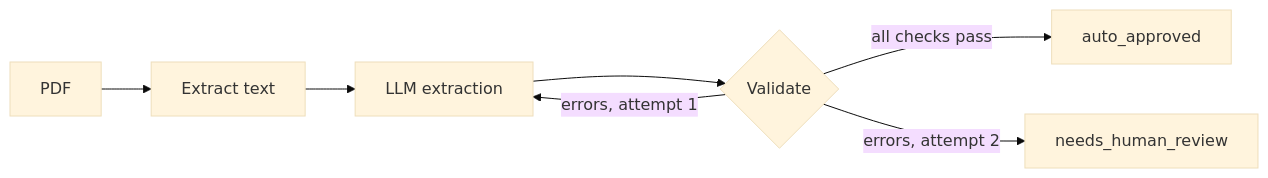
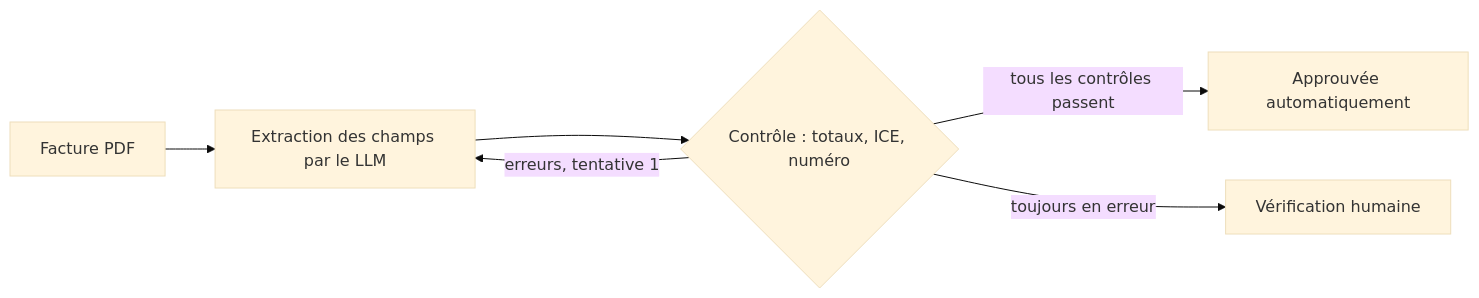
The diagram in README.md (Acherouid/doc-agent), drawn with Mermaid (base theme) before and after one commit. The commit also changed other lines of this file and 3 other files, not shown here.

````diff
--- a/README.md
+++ b/README.md
@@ -11,9 +13,8 @@
 ```mermaid
 flowchart LR
-    A[PDF] --> B[Extract text]
-    B --> C[LLM extraction]
-    C --> D{Validate}
-    D -- all checks pass --> E[auto_approved]
-    D -- errors, attempt 1 --> C
-    D -- errors, attempt 2 --> F[needs_human_review]
+    A[Facture PDF] --> B[Extraction des champs par le LLM]
+    B --> C{Contrôle : totaux, ICE, numéro}
+    C -- tous les contrôles passent --> D[Approuvée automatiquement]
+    C -- erreurs, tentative 1 --> B
+    C -- toujours en erreur --> E[Vérification humaine]
 ```
````
